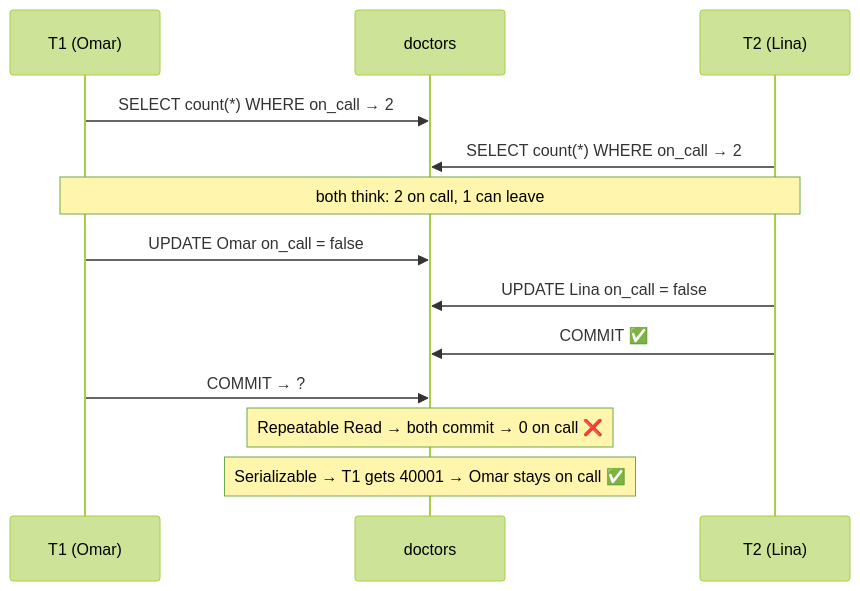
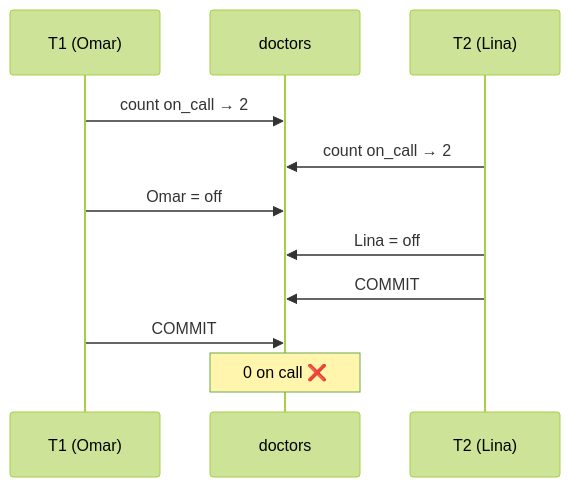
Before and after one commit to wesamkhateeb98-creator/postgresql-zero-to-hero: the fifth of 12 diagrams in Doc/06-transactions-mvcc/02-isolation-levels.md, drawn with Mermaid (forest theme). The commit also changed other lines of this file, not shown here.

````diff
--- a/Doc/06-transactions-mvcc/02-isolation-levels.md
+++ b/Doc/06-transactions-mvcc/02-isolation-levels.md
@@ -216,15 +255,13 @@
 ```mermaid
 sequenceDiagram
     participant T1 as T1 (Omar)
     participant DB as doctors
     participant T2 as T2 (Lina)
-    T1->>DB: SELECT count(*) WHERE on_call → 2
-    T2->>DB: SELECT count(*) WHERE on_call → 2
-    Note over T1,T2: both think: 2 on call, 1 can leave
-    T1->>DB: UPDATE Omar on_call = false
-    T2->>DB: UPDATE Lina on_call = false
-    T2->>DB: COMMIT ✅
-    T1->>DB: COMMIT → ?
-    Note over DB: Repeatable Read → both commit → 0 on call ❌
-    Note over DB: Serializable → T1 gets 40001 → Omar stays on call ✅
+    T1->>DB: count on_call → 2
+    T2->>DB: count on_call → 2
+    T1->>DB: Omar = off
+    T2->>DB: Lina = off
+    T2->>DB: COMMIT
+    T1->>DB: COMMIT
+    Note over DB: 0 on call ❌
 ```
````
